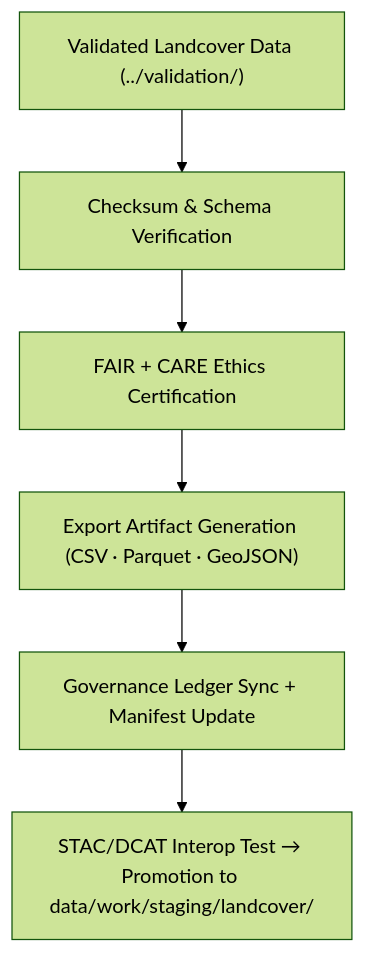
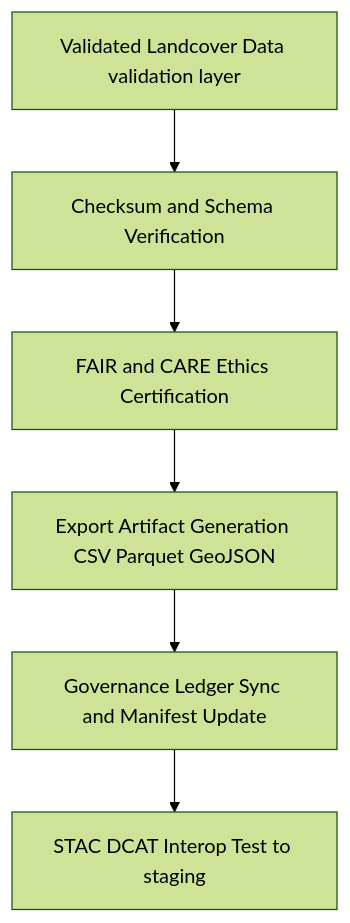
The diagram in data/work/tmp/landcover/exports/README.md (bartytime4life/Kansas-Frontier-Matrix), drawn with Mermaid (forest theme) before and after one commit. The commit also changed other lines of this file, not shown here.

First line of the commit message:
Upgrade README for Landcover TMP Exports to v10.0.0

````diff
--- a/data/work/tmp/landcover/exports/README.md
+++ b/data/work/tmp/landcover/exports/README.md
@@ -67,8 +72,8 @@
 ```mermaid
 flowchart TD
-    A["Validated Landcover Data (../validation/)"] --> B["Checksum & Schema Verification"]
-    B --> C["FAIR + CARE Ethics Certification"]
-    C --> D["Export Artifact Generation (CSV · Parquet · GeoJSON)"]
-    D --> E["Governance Ledger Sync + Manifest Update"]
-    E --> F["STAC/DCAT Interop Test → Promotion to data/work/staging/landcover/"]
+    A["Validated Landcover Data validation layer"] --> B["Checksum and Schema Verification"]
+    B --> C["FAIR and CARE Ethics Certification"]
+    C --> D["Export Artifact Generation CSV Parquet GeoJSON"]
+    D --> E["Governance Ledger Sync and Manifest Update"]
+    E --> F["STAC DCAT Interop Test to staging"]
 ```
````
